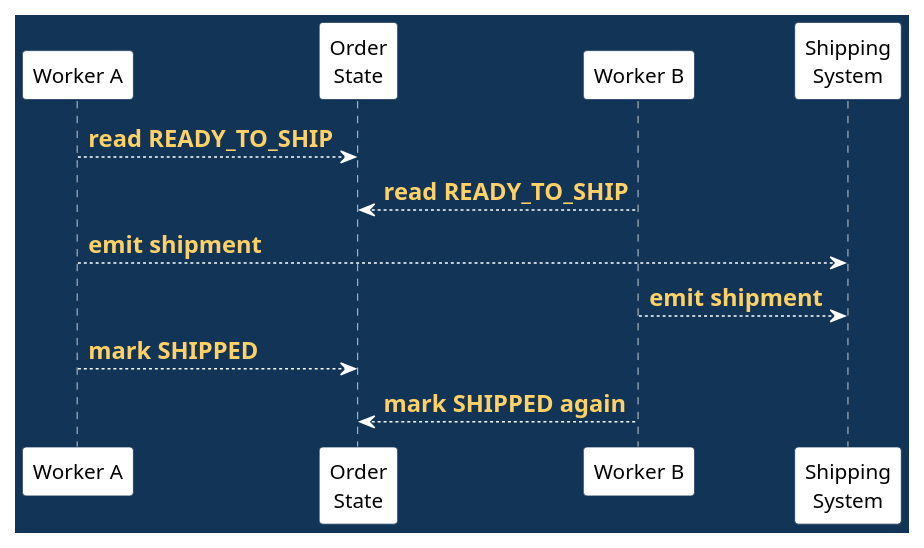
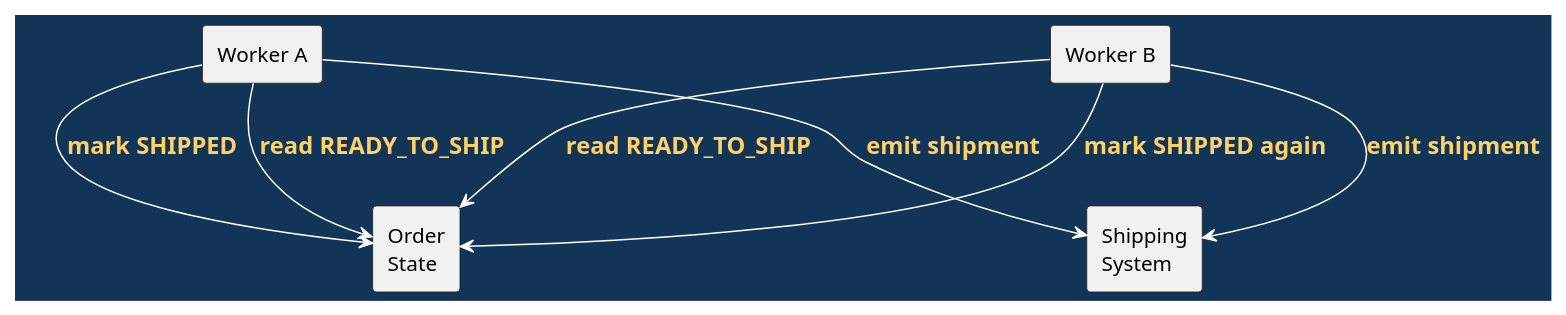
Before and after one commit to madajaju/CS5254: the seventh of 15 diagrams in doc/lectures/week5/workflow_example/README.slides.adoc, drawn with PlantUML. The commit also changed other lines of this file and 74 other files, not shown here.

```diff
--- a/doc/lectures/week5/workflow_example/README.slides.adoc
+++ b/doc/lectures/week5/workflow_example/README.slides.adoc
@@ -265,30 +265,30 @@
 [plantuml,race-interleaving,svg,width=100%]
 ----
 @startuml
 skinparam BackgroundColor #123456
 skinparam DefaultFontColor black
 skinparam ArrowColor white
 skinparam ArrowFontColor #ffd166
 skinparam ArrowFontStyle bold
 skinparam ArrowFontSize 16
 skinparam BorderColor #123456
 skinparam shadowing false
 skinparam sequence {
   LifeLineBorderColor white
   LifeLineBackgroundColor white
   ParticipantBorderColor #123456
   ParticipantBackgroundColor white
   ParticipantFontColor black
 }
-participant "Worker A" as A
-participant "Order\nState" as O
-participant "Worker B" as B
-participant "Shipping\nSystem" as S
+rectangle "Worker A" as A
+rectangle "Order\nState" as O
+rectangle "Worker B" as B
+rectangle "Shipping\nSystem" as S
 A --> O : read READY_TO_SHIP
 B --> O : read READY_TO_SHIP
 A --> S : emit shipment
 B --> S : emit shipment
 A --> O : mark SHIPPED
 B --> O : mark SHIPPED again
 @enduml
 ----
```
